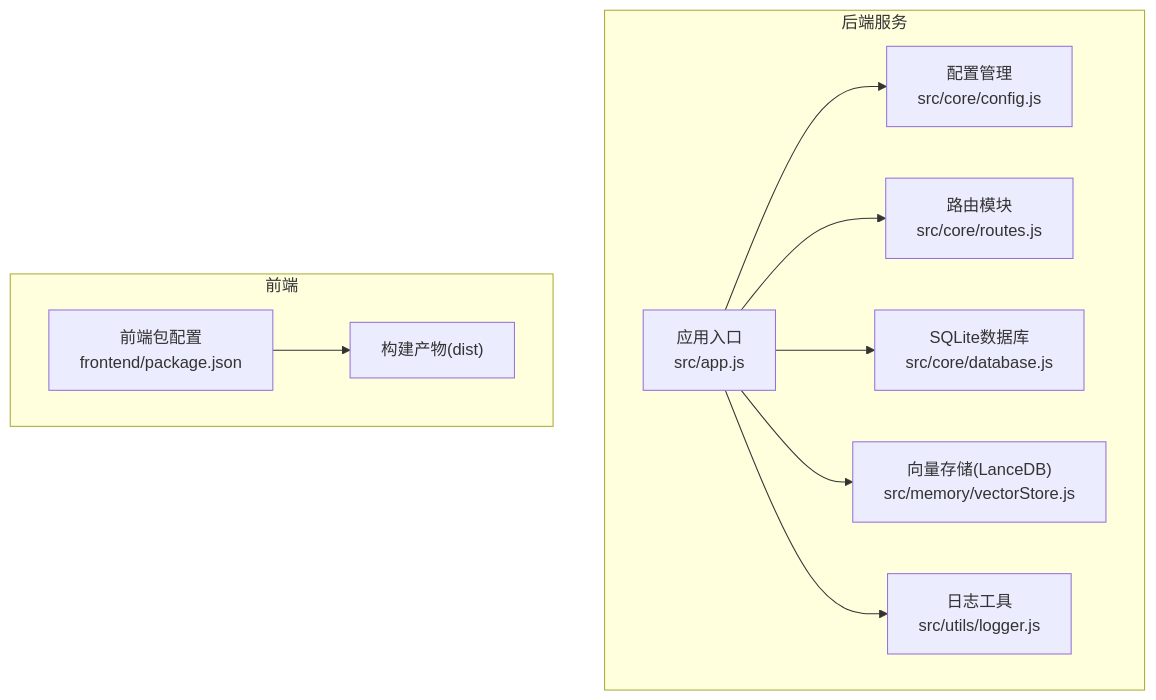
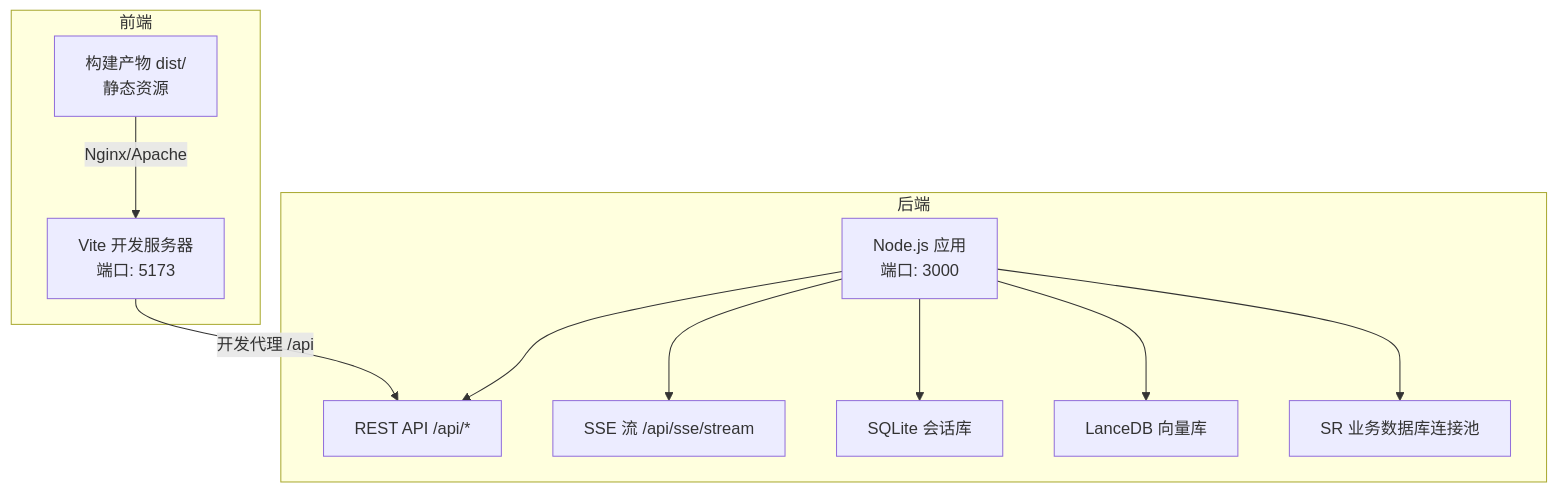
The first of 5 diagrams in NL2SQL/.qoder/repowiki/zh/content/部署与运维/部署指南.md (HanHuiOnLine/724-office), drawn with Mermaid before and after one commit. The commit also changed other lines of this file and 203 other files, not shown here.

````diff
--- a/NL2SQL/.qoder/repowiki/zh/content/部署与运维/部署指南.md
+++ b/NL2SQL/.qoder/repowiki/zh/content/部署与运维/部署指南.md
@@ -38,21 +35,22 @@
 ```mermaid
 graph TB
-subgraph "后端服务"
-APP["应用入口<br/>src/app.js"]
-CFG["配置管理<br/>src/core/config.js"]
-ROUTES["路由模块<br/>src/core/routes.js"]
-DB["SQLite数据库<br/>src/core/database.js"]
-VEC["向量存储(LanceDB)<br/>src/memory/vectorStore.js"]
-LOG["日志工具<br/>src/utils/logger.js"]
+subgraph "前端"
+FE_Vite["Vite 开发服务器<br/>端口: 5173"]
+FE_Dist["构建产物 dist/<br/>静态资源"]
 end
-subgraph "前端"
-FE_PKG["前端包配置<br/>frontend/package.json"]
-DIST["构建产物(dist)"]
+subgraph "后端"
+BE_App["Node.js 应用<br/>端口: 3000"]
+BE_API["REST API /api/*"]
+BE_SSE["SSE 流 /api/sse/stream"]
+BE_DB["SQLite 会话库"]
+BE_VDB["LanceDB 向量库"]
+BE_SRDB["SR 业务数据库连接池"]
 end
-APP --> CFG
-APP --> ROUTES
-APP --> DB
-APP --> VEC
-APP --> LOG
-FE_PKG --> DIST
+FE_Vite --> |"开发代理 /api"| BE_API
+FE_Dist --> |"Nginx/Apache"| FE_Vite
+BE_App --> BE_API
+BE_App --> BE_SSE
+BE_App --> BE_DB
+BE_App --> BE_VDB
+BE_App --> BE_SRDB
 ```
````
